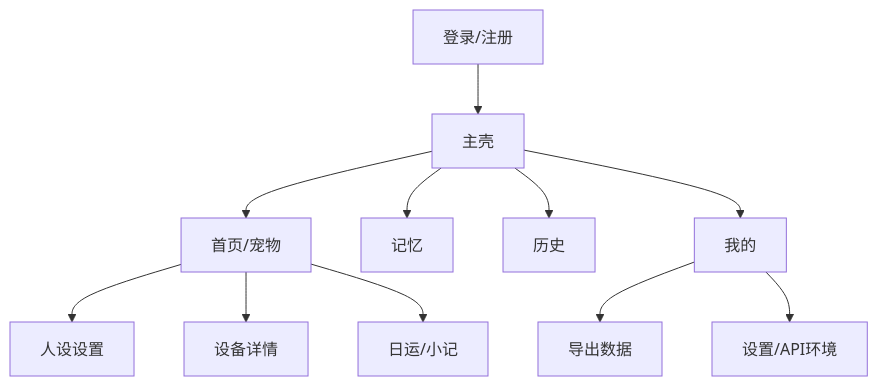
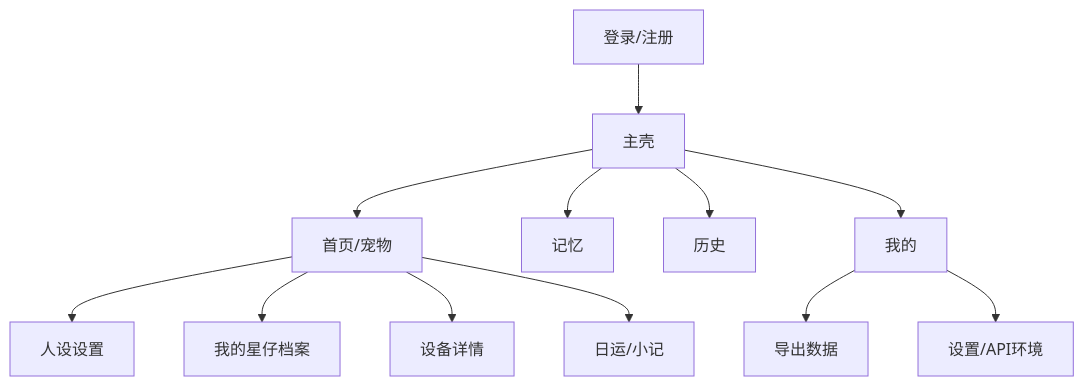
One commit to ckmx-zkp/ai-pet-app- changed the diagram in docs/03-信息架构与页面规格.md. Above: the diagram before and after it, drawn with Mermaid. The commit also changed other lines of this file and 7 other files, not shown here.

````diff
--- a/docs/03-信息架构与页面规格.md
+++ b/docs/03-信息架构与页面规格.md
@@ -5,13 +5,14 @@
 ```mermaid
 flowchart TB
     auth["登录/注册"] --> shell["主壳"]
     shell --> home["首页/宠物"]
     shell --> mem["记忆"]
     shell --> hist["历史"]
     shell --> me["我的"]
     home --> persona["人设设置"]
+    home --> star["我的星仔档案"]
     home --> device["设备详情"]
     home --> daily["日运/小记"]
     me --> export["导出数据"]
     me --> settings["设置/API环境"]
 ```
````
